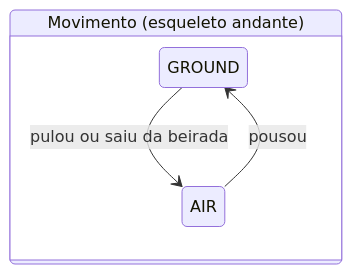
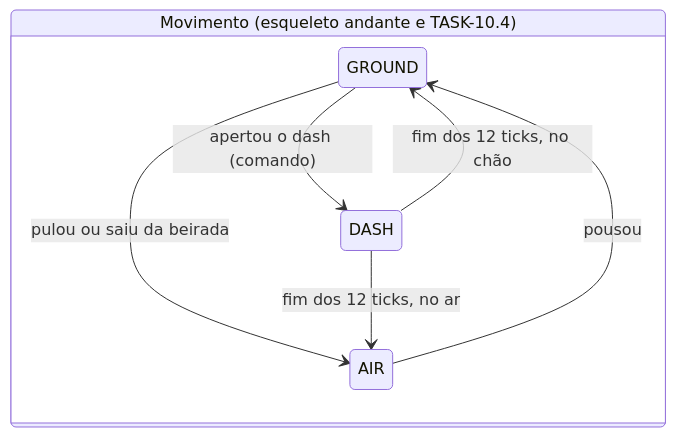
The fourth of 5 diagrams in docs/arquitetura/visao-geral.md (Kibryant/jogo-acrobatico), drawn with Mermaid before and after one commit. The commit also changed other lines of this file and 31 other files, not shown here.

First line of the commit message:
TASK-10.4 rodada B: o snap do dash, os sinais, a SyncTest, o arco e a régua

````diff
--- a/docs/arquitetura/visao-geral.md
+++ b/docs/arquitetura/visao-geral.md
@@ -133,8 +135,11 @@
 ```mermaid
 stateDiagram-v2
   direction LR
-  state "Movimento (esqueleto andante)" as mov {
+  state "Movimento (esqueleto andante e TASK-10.4)" as mov {
     GROUND --> AIR: pulou ou saiu da beirada
     AIR --> GROUND: pousou
+    GROUND --> DASH: apertou o dash (comando)
+    DASH --> GROUND: fim dos 12 ticks, no chão
+    DASH --> AIR: fim dos 12 ticks, no ar
   }
 ```
````
